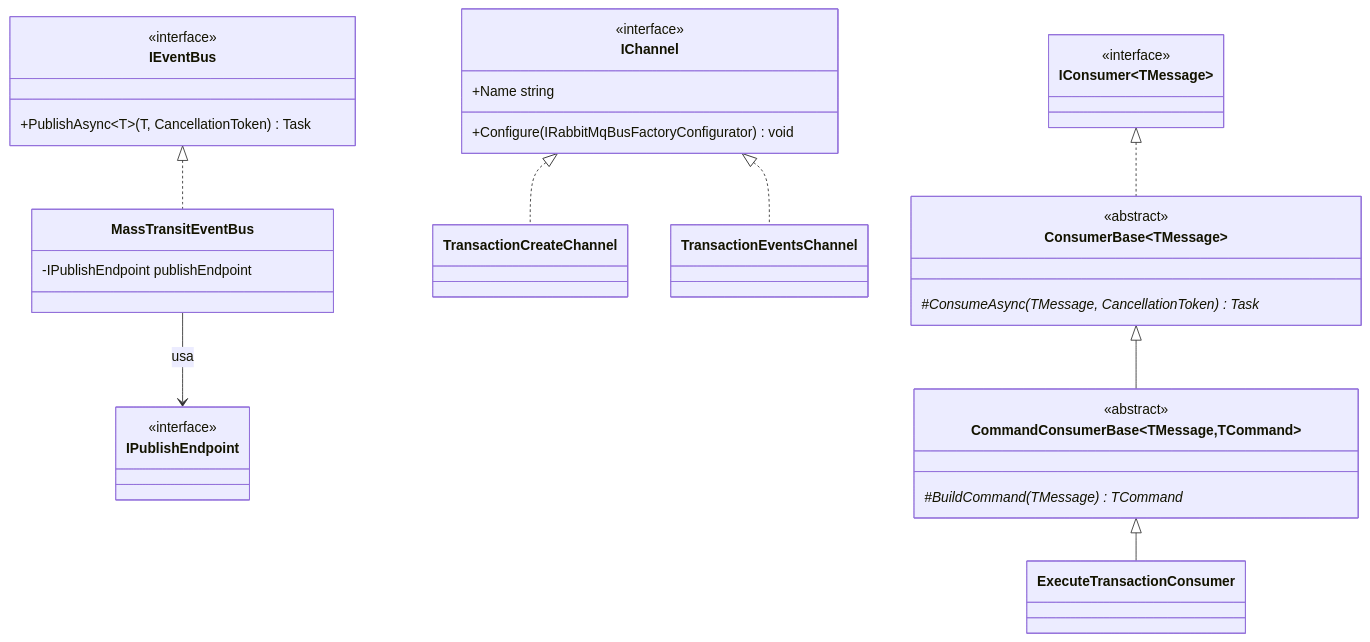
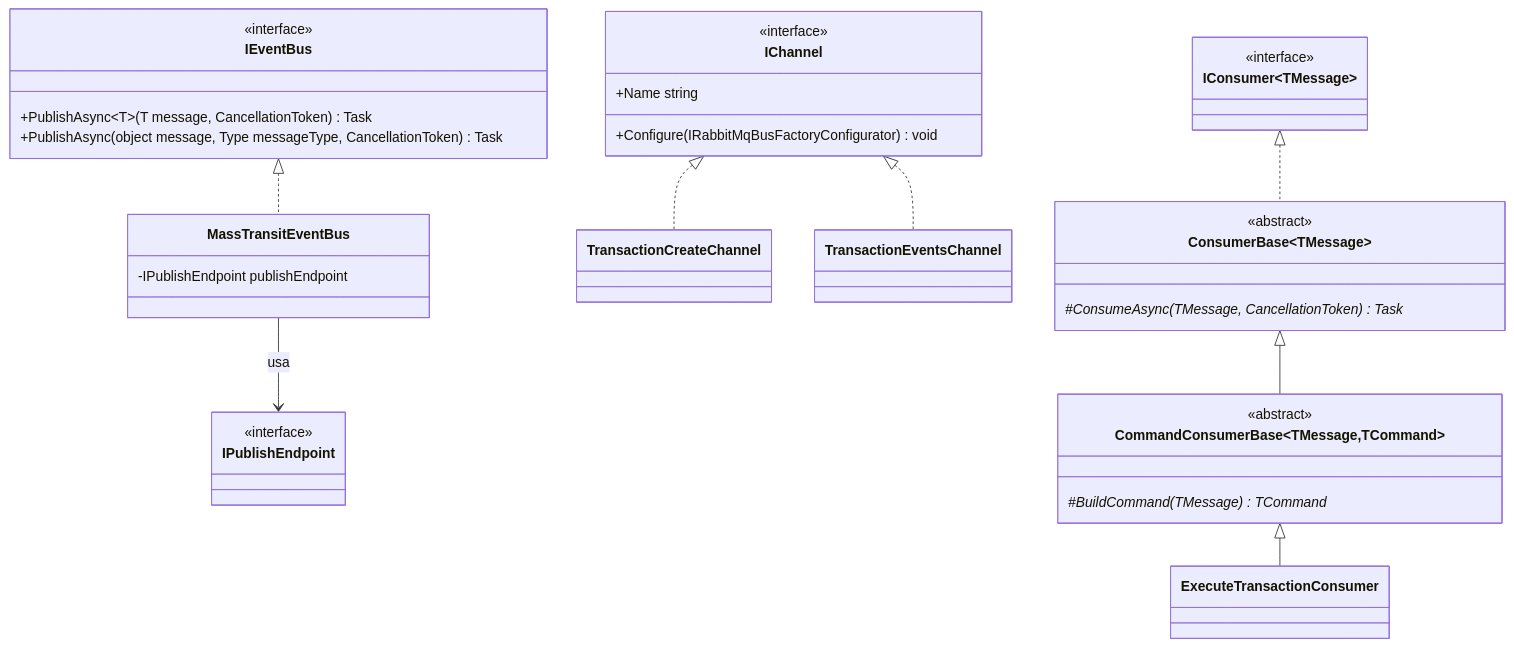
One commit to filipececcon/arch-challenge changed the first of 4 diagrams in docs/architecture/cashflow/layer-06-messaging.md. Above: the diagram before and after it, drawn with Mermaid. The commit also changed other lines of this file and 38 other files, not shown here.

First line of the commit message:
Refactor Cashflow architecture docs for account aggregate and unified outbox

````diff
--- a/docs/architecture/cashflow/layer-06-messaging.md
+++ b/docs/architecture/cashflow/layer-06-messaging.md
@@ -34,50 +34,51 @@
 ```mermaid
 classDiagram
     class IEventBus {
         <<interface>>
-        +PublishAsync~T~(T, CancellationToken) Task
+        +PublishAsync~T~(T message, CancellationToken) Task
+        +PublishAsync(object message, Type messageType, CancellationToken) Task
     }
 
     class IPublishEndpoint {
         <<interface>>
     }
 
     class MassTransitEventBus {
         -IPublishEndpoint publishEndpoint
     }
 
     class IChannel {
         <<interface>>
         +Name string
         +Configure(IRabbitMqBusFactoryConfigurator) void
     }
 
     class TransactionCreateChannel
     class TransactionEventsChannel
 
     class IConsumer~TMessage~ {
         <<interface>>
     }
 
     class ConsumerBase~TMessage~ {
         <<abstract>>
         #ConsumeAsync(TMessage, CancellationToken) Task*
     }
 
     class CommandConsumerBase~TMessage,TCommand~ {
         <<abstract>>
         #BuildCommand(TMessage) TCommand*
     }
 
     class ExecuteTransactionConsumer
 
     IEventBus <|.. MassTransitEventBus
     MassTransitEventBus --> IPublishEndpoint : usa
 
     IChannel <|.. TransactionCreateChannel
     IChannel <|.. TransactionEventsChannel
 
     IConsumer~TMessage~ <|.. ConsumerBase~TMessage~
     ConsumerBase~TMessage~ <|-- CommandConsumerBase~TMessage,TCommand~
     CommandConsumerBase~TMessage,TCommand~ <|-- ExecuteTransactionConsumer
 ```
````
